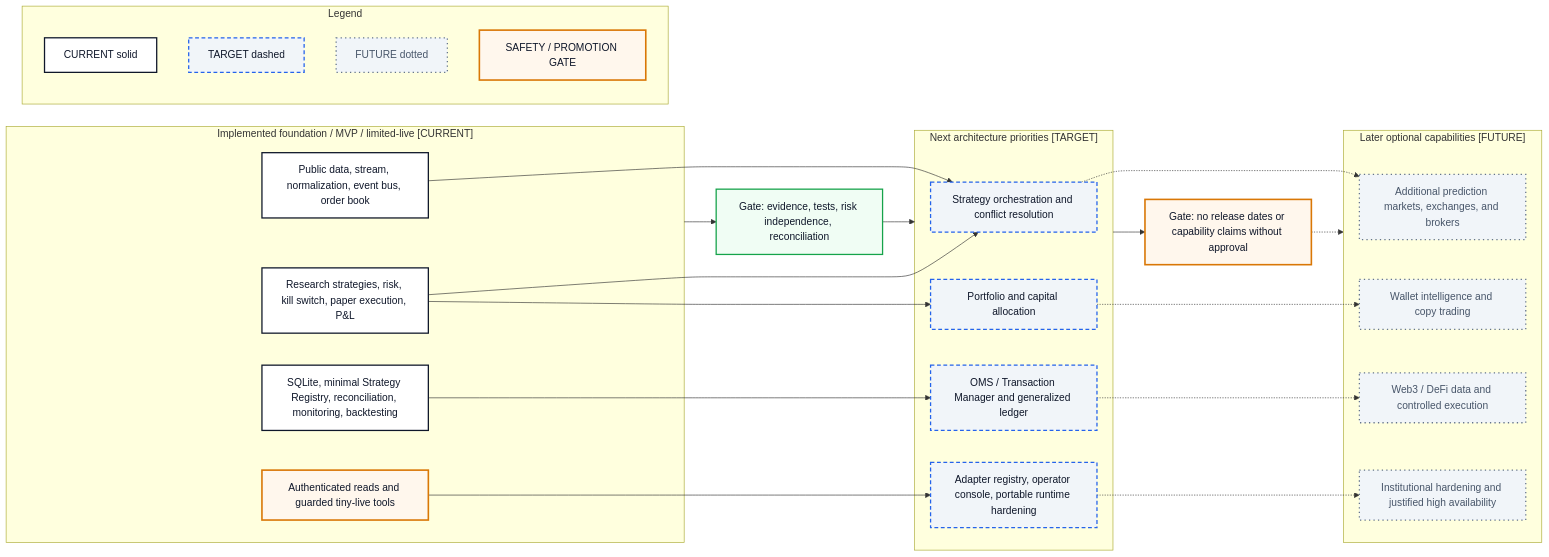
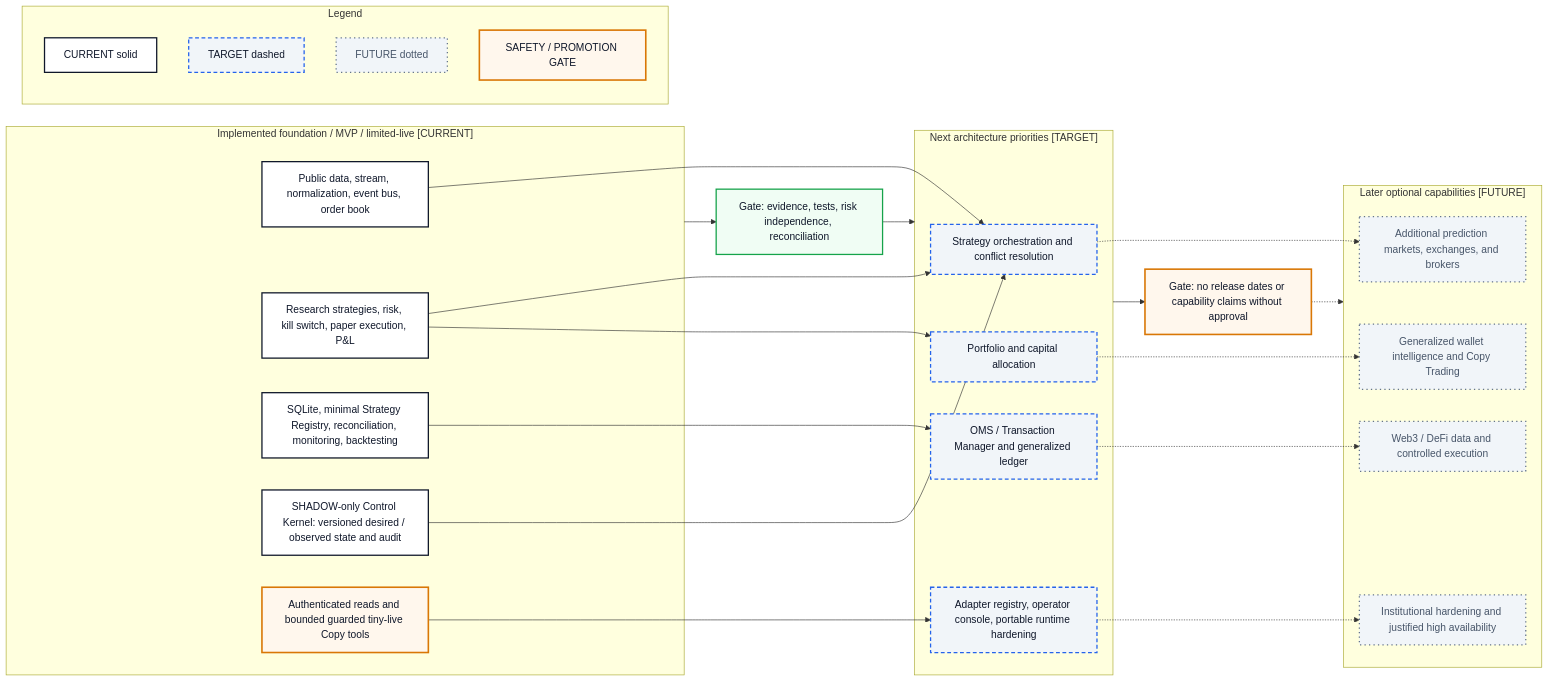
One commit to PolySia-Systems/Platform changed the diagram in docs/04-architecture/visual-system/views/18-capability-roadmap.md. Above: the diagram before and after it, drawn with Mermaid. The commit also changed other lines of this file and 49 other files, not shown here.

Commit message:
docs(architecture): refresh repository truth baseline

````diff
--- a/docs/04-architecture/visual-system/views/18-capability-roadmap.md
+++ b/docs/04-architecture/visual-system/views/18-capability-roadmap.md
@@ -14,53 +14,55 @@
 ```mermaid
 flowchart LR
   subgraph NOW["Implemented foundation / MVP / limited-live [CURRENT]"]
     N1["Public data, stream, normalization, event bus, order book"]:::current
     N2["Research strategies, risk, kill switch, paper execution, P&L"]:::current
     N3["SQLite, minimal Strategy Registry, reconciliation, monitoring, backtesting"]:::current
-    N4["Authenticated reads and guarded tiny-live tools"]:::risk
+    N4["SHADOW-only Control Kernel: versioned desired / observed state and audit"]:::current
+    N5["Authenticated reads and bounded guarded tiny-live Copy tools"]:::risk
   end
 
   subgraph NEXT["Next architecture priorities [TARGET]"]
     T1["Strategy orchestration and conflict resolution"]:::target
     T2["Portfolio and capital allocation"]:::target
     T3["OMS / Transaction Manager and generalized ledger"]:::target
     T4["Adapter registry, operator console, portable runtime hardening"]:::target
   end
 
   subgraph LATER["Later optional capabilities [FUTURE]"]
     F1["Additional prediction markets, exchanges, and brokers"]:::future
-    F2["Wallet intelligence and copy trading"]:::future
+    F2["Generalized wallet intelligence and Copy Trading"]:::future
     F3["Web3 / DeFi data and controlled execution"]:::future
     F4["Institutional hardening and justified high availability"]:::future
   end
 
   N1 --> T1
   N2 --> T1
   N2 --> T2
   N3 --> T3
-  N4 --> T4
+  N4 --> T1
+  N5 --> T4
   T1 -.-> F1
   T2 -.-> F2
   T3 -.-> F3
   T4 -.-> F4
 
   Gate1["Gate: evidence, tests, risk independence, reconciliation"]:::safe
   Gate2["Gate: no release dates or capability claims without approval"]:::risk
   NOW --> Gate1
   Gate1 --> NEXT
   NEXT --> Gate2
   Gate2 -.-> LATER
 
   subgraph LEGEND["Legend"]
     L1["CURRENT solid"]:::current
     L2["TARGET dashed"]:::target
     L3["FUTURE dotted"]:::future
     L4["SAFETY / PROMOTION GATE"]:::risk
   end
 
   classDef current fill:#FFFFFF,stroke:#0F172A,stroke-width:2px,color:#0F172A;
   classDef target fill:#F1F5F9,stroke:#2563EB,stroke-width:2px,stroke-dasharray:6 4,color:#0F172A;
   classDef future fill:#F1F5F9,stroke:#64748B,stroke-width:2px,stroke-dasharray:2 5,color:#475569;
   classDef risk fill:#FFF7ED,stroke:#D97706,stroke-width:2.5px,color:#0F172A;
   classDef safe fill:#F0FDF4,stroke:#16A34A,stroke-width:2px,color:#0F172A;
 ```
````
